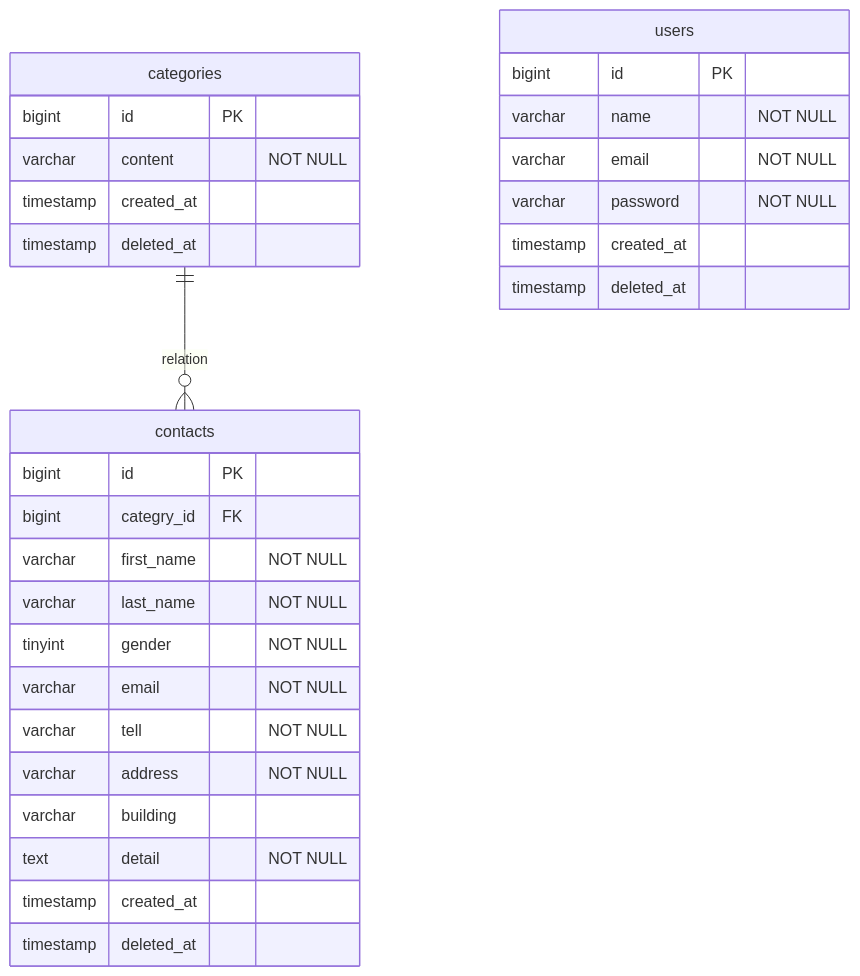
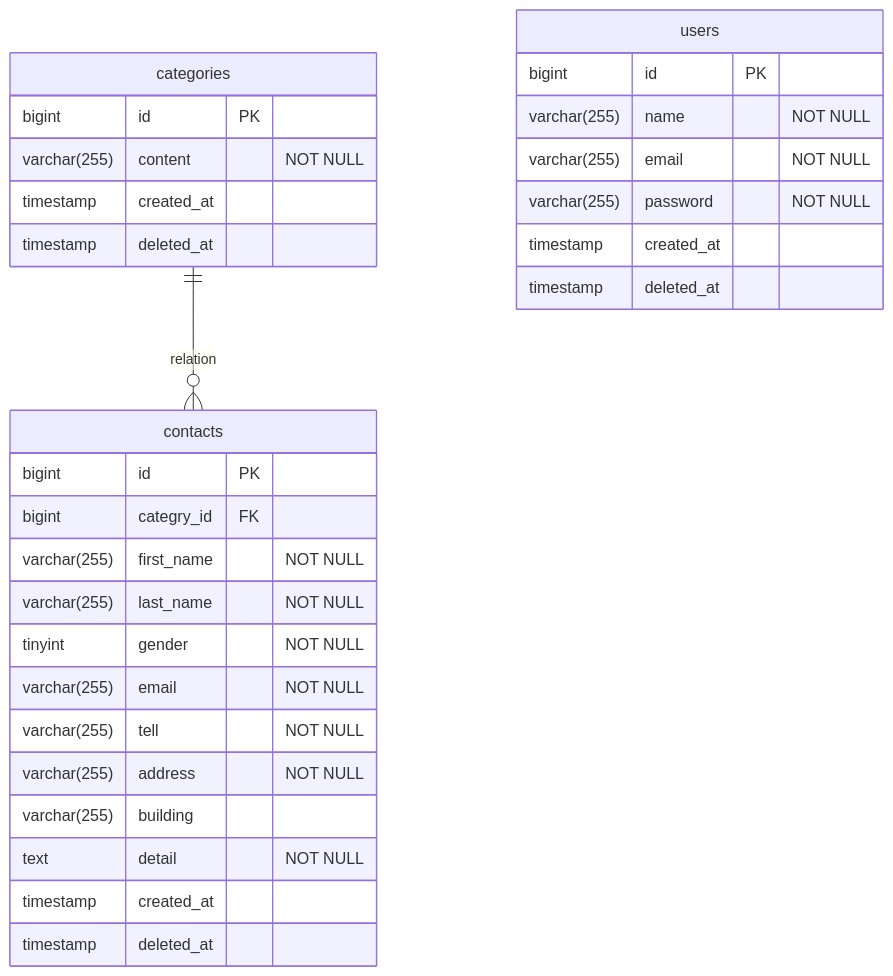
One commit to taotomo/test_contact-form changed the diagram in README.md. Above: the diagram before and after it, drawn with Mermaid. The commit also changed other lines of this file and 6 other files, not shown here.

````diff
--- a/README.md
+++ b/README.md
@@ -28,36 +29,36 @@
 ```mermaid
 erDiagram
 
   categories ||--o{ contacts: "relation"
 
   contacts {
     bigint id PK
     bigint categry_id FK
-    varchar first_name "NOT NULL"
-    varchar last_name "NOT NULL"
+    varchar(255) first_name "NOT NULL"
+    varchar(255) last_name "NOT NULL"
     tinyint gender "NOT NULL"
-    varchar email "NOT NULL"
-    varchar tell "NOT NULL"
-    varchar address "NOT NULL"
-    varchar building
+    varchar(255) email "NOT NULL"
+    varchar(255) tell "NOT NULL"
+    varchar(255) address "NOT NULL"
+    varchar(255) building
     text detail "NOT NULL"
     timestamp created_at
     timestamp deleted_at
   }
 
    categories{
     bigint id PK
-    varchar content "NOT NULL"
+    varchar(255) content "NOT NULL"
     timestamp created_at
     timestamp deleted_at
   }
 
   users {
     bigint id PK
-    varchar name "NOT NULL"
-    varchar email "NOT NULL"
-    varchar password "NOT NULL"
+    varchar(255) name "NOT NULL"
+    varchar(255) email "NOT NULL"
+    varchar(255) password "NOT NULL"
     timestamp created_at
     timestamp deleted_at
   }
 ```
````
